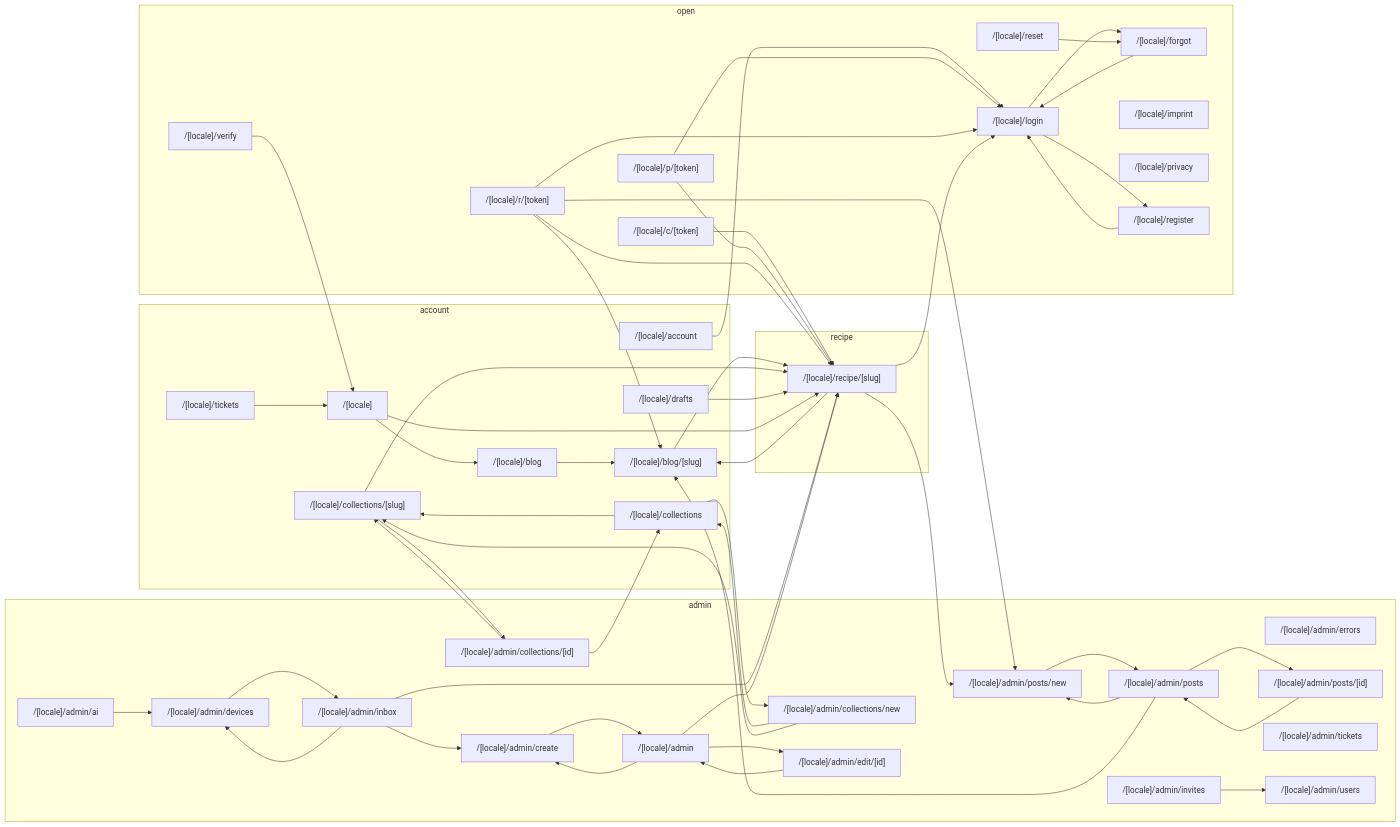
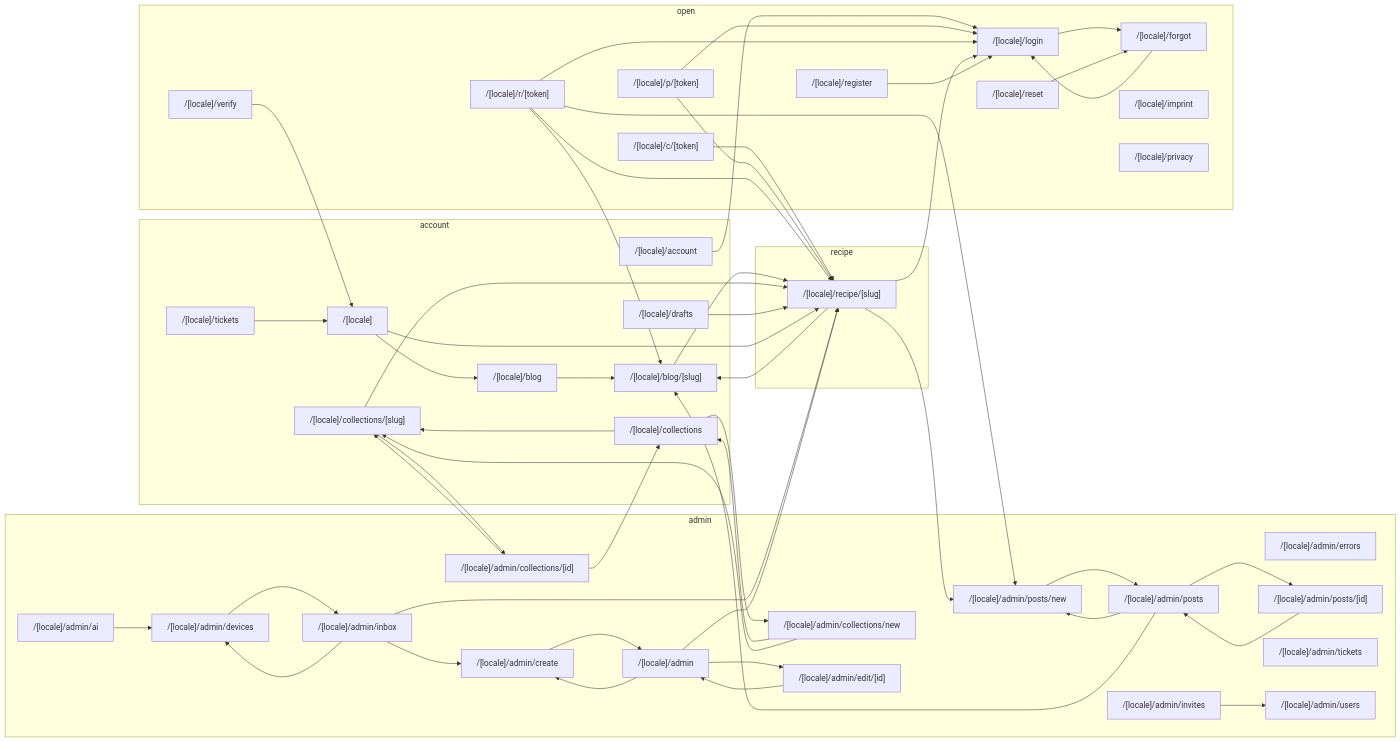
One commit to morischumacher/moscookbook changed the first of 2 diagrams in docs/interaction-map.generated.md. Above: the diagram before and after it, drawn with Mermaid. The commit also changed other lines of this file and 7 other files, not shown here.

```diff
--- a/docs/interaction-map.generated.md
+++ b/docs/interaction-map.generated.md
@@ -214,7 +214,6 @@
   n__locale__drafts --> n__locale__recipe__slug_
   n__locale__forgot --> n__locale__login
   n__locale__login --> n__locale__forgot
-  n__locale__login --> n__locale__register
   n__locale__p__token_ --> n__locale__login
   n__locale__p__token_ --> n__locale__recipe__slug_
   n__locale_ --> n__locale__blog
```
